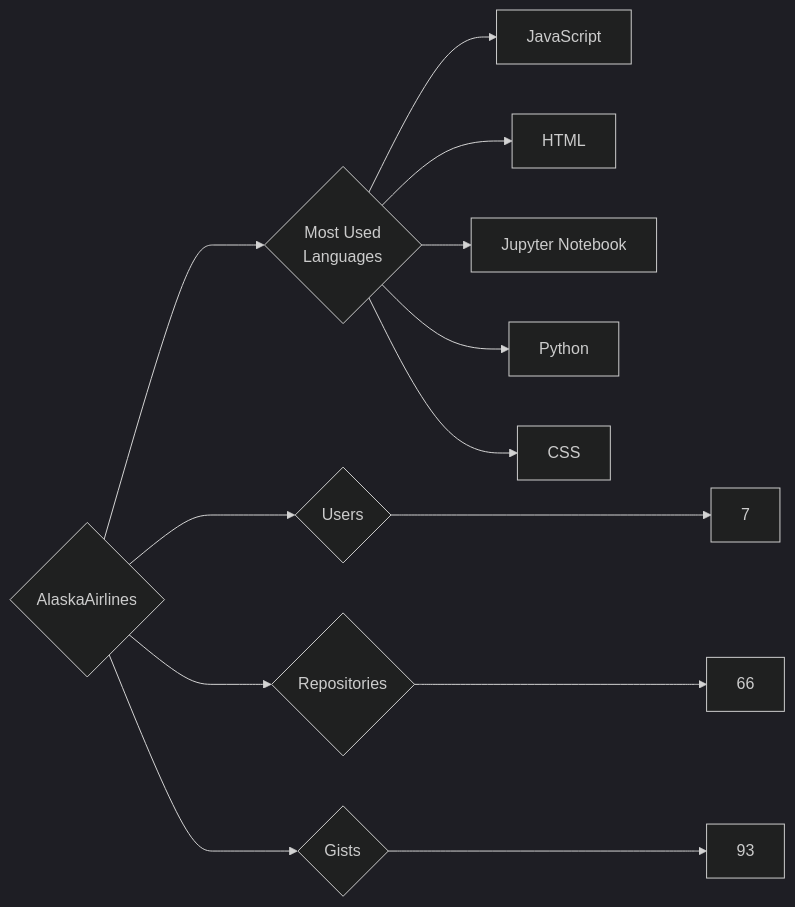
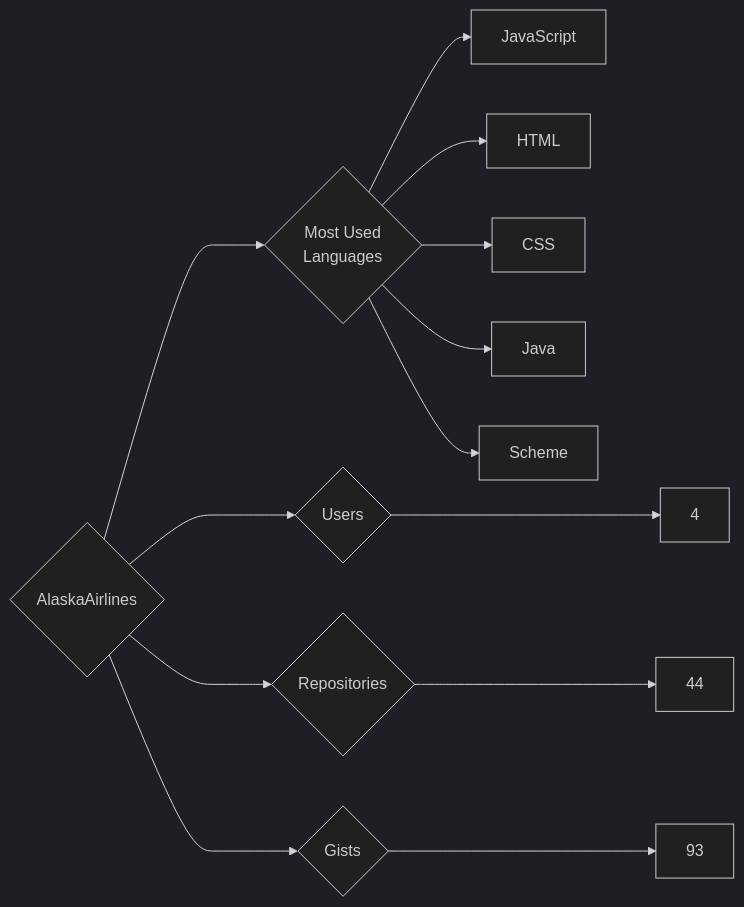
One commit to trickest/insiders changed the diagram in targets/AlaskaAirlines/README.md. Above: the diagram before and after it, drawn with Mermaid (dark theme). The commit also changed 1123 other files, not shown here.

````diff
--- a/targets/AlaskaAirlines/README.md
+++ b/targets/AlaskaAirlines/README.md
@@ -3,13 +3,13 @@
 ```mermaid
 graph LR
 COMPANY_NAME{AlaskaAirlines}
-COMPANY_NAME ---> U{Users} ---> UN[7]
-COMPANY_NAME ---> R{Repositories} ---> RN[66]
+COMPANY_NAME ---> U{Users} ---> UN[4]
+COMPANY_NAME ---> R{Repositories} ---> RN[44]
 COMPANY_NAME ---> G{Gists} ---> GN[93]
 COMPANY_NAME ---> ML{Most Used<br>Languages}
 ML --> JavaScript[JavaScript]
 ML --> HTML[HTML]
-ML --> Jupyter_Notebook[Jupyter Notebook]
-ML --> Python[Python]
 ML --> CSS[CSS]
+ML --> Java[Java]
+ML --> Scheme[Scheme]
 ```
````
